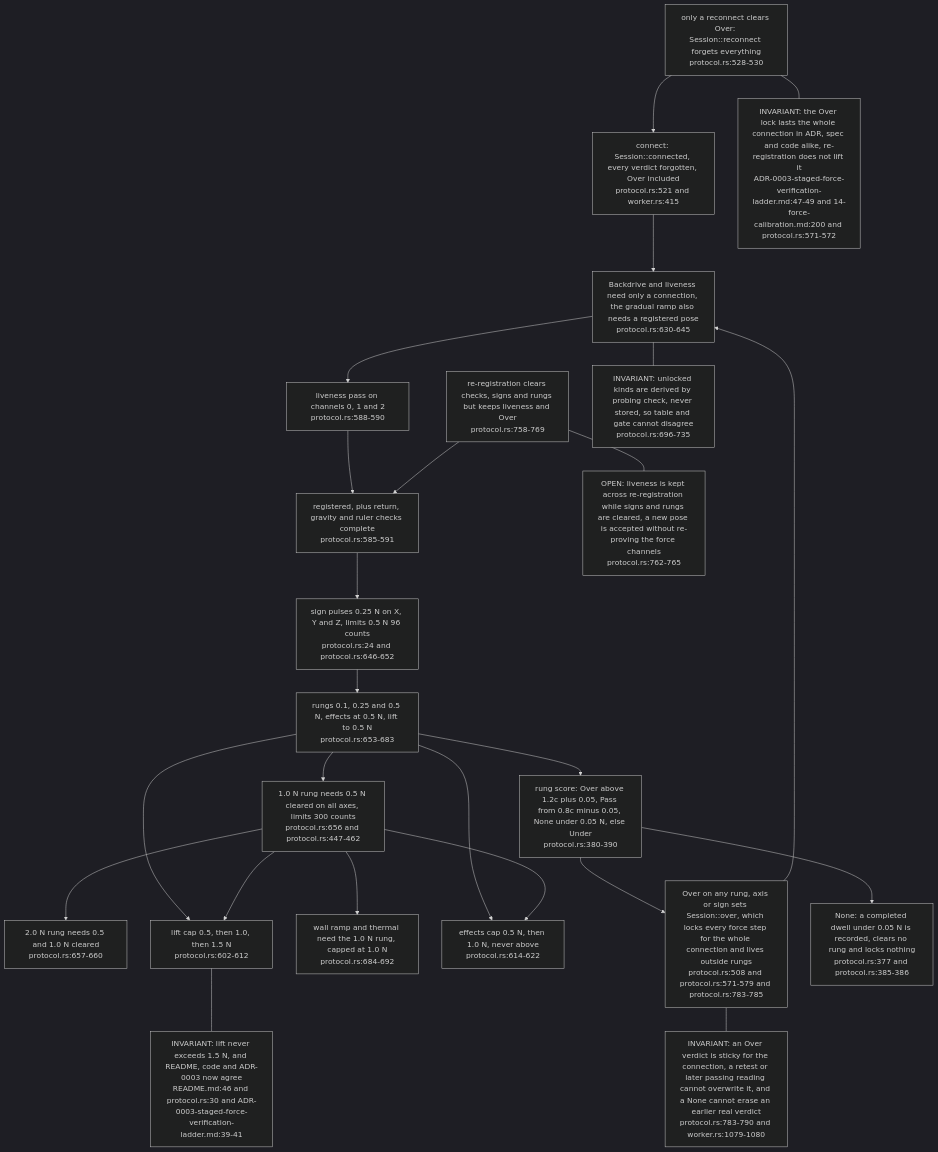
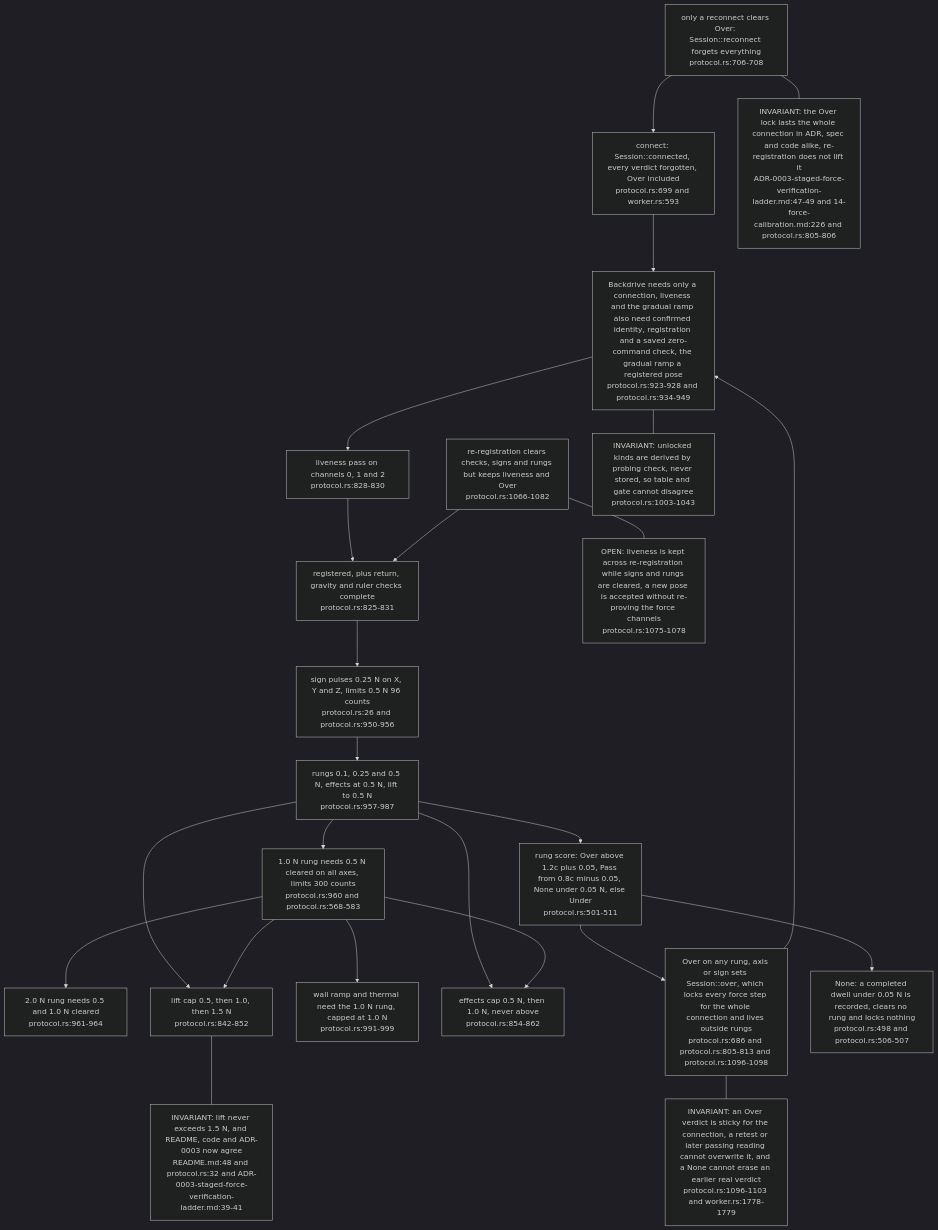
The second of 7 diagrams in docs/diagrams/visiontouch-rs/08-calibration-studio-and-verification-ladder.md (DreamLab-AI/VisionFlow), drawn with Mermaid (dark theme) before and after one commit. The commit also changed other lines of this file and 36 other files, not shown here.

First line of the commit message:
docs(diagrams): re-derive and re-stamp agentbox, dream-engine, visioncraft, visiontouch and vowl topics; drop LAN addresses

````diff
--- a/docs/diagrams/visiontouch-rs/08-calibration-studio-and-verification-ladder.md
+++ b/docs/diagrams/visiontouch-rs/08-calibration-studio-and-verification-ladder.md
@@ -84,47 +85,47 @@
 ```mermaid
 flowchart TB
-    CON["connect: Session::connected, every verdict forgotten, Over included<br/>protocol.rs:521 and worker.rs:415"]
-    BASE["Backdrive and liveness need only a connection, the gradual ramp also needs a registered pose<br/>protocol.rs:630-645"]
-    LIVE["liveness pass on channels 0, 1 and 2<br/>protocol.rs:588-590"]
-    REG["registered, plus return, gravity and ruler checks complete<br/>protocol.rs:585-591"]
-    SIGN["sign pulses 0.25 N on X, Y and Z, limits 0.5 N 96 counts<br/>protocol.rs:24 and protocol.rs:646-652"]
-    R1["rungs 0.1, 0.25 and 0.5 N, effects at 0.5 N, lift to 0.5 N<br/>protocol.rs:653-683"]
-    R2["1.0 N rung needs 0.5 N cleared on all axes, limits 300 counts<br/>protocol.rs:656 and protocol.rs:447-462"]
-    R3["2.0 N rung needs 0.5 and 1.0 N cleared<br/>protocol.rs:657-660"]
-    LIFT["lift cap 0.5, then 1.0, then 1.5 N<br/>protocol.rs:602-612"]
-    WALL["wall ramp and thermal need the 1.0 N rung, capped at 1.0 N<br/>protocol.rs:684-692"]
-    FX["effects cap 0.5 N, then 1.0 N, never above<br/>protocol.rs:614-622"]
-    OVER["Over on any rung, axis or sign sets Session::over, which locks every force step for the whole connection and lives outside rungs<br/>protocol.rs:508 and protocol.rs:571-579 and protocol.rs:783-785"]
-    CLR["re-registration clears checks, signs and rungs but keeps liveness and Over<br/>protocol.rs:758-769"]
-    RECON["only a reconnect clears Over: Session::reconnect forgets everything<br/>protocol.rs:528-530"]
-    NONE["None: a completed dwell under 0.05 N is recorded, clears no rung and locks nothing<br/>protocol.rs:377 and protocol.rs:385-386"]
-    SCORE["rung score: Over above 1.2c plus 0.05, Pass from 0.8c minus 0.05, None under 0.05 N, else Under<br/>protocol.rs:380-390"]
+    CON["connect: Session::connected, every verdict forgotten, Over included<br/>protocol.rs:699 and worker.rs:593"]
+    BASE["Backdrive needs only a connection, liveness and the gradual ramp also need confirmed identity, registration and a saved zero-command check, the gradual ramp a registered pose<br/>protocol.rs:923-928 and protocol.rs:934-949"]
+    LIVE["liveness pass on channels 0, 1 and 2<br/>protocol.rs:828-830"]
+    REG["registered, plus return, gravity and ruler checks complete<br/>protocol.rs:825-831"]
+    SIGN["sign pulses 0.25 N on X, Y and Z, limits 0.5 N 96 counts<br/>protocol.rs:26 and protocol.rs:950-956"]
+    R1["rungs 0.1, 0.25 and 0.5 N, effects at 0.5 N, lift to 0.5 N<br/>protocol.rs:957-987"]
+    R2["1.0 N rung needs 0.5 N cleared on all axes, limits 300 counts<br/>protocol.rs:960 and protocol.rs:568-583"]
+    R3["2.0 N rung needs 0.5 and 1.0 N cleared<br/>protocol.rs:961-964"]
+    LIFT["lift cap 0.5, then 1.0, then 1.5 N<br/>protocol.rs:842-852"]
+    WALL["wall ramp and thermal need the 1.0 N rung, capped at 1.0 N<br/>protocol.rs:991-999"]
+    FX["effects cap 0.5 N, then 1.0 N, never above<br/>protocol.rs:854-862"]
+    OVER["Over on any rung, axis or sign sets Session::over, which locks every force step for the whole connection and lives outside rungs<br/>protocol.rs:686 and protocol.rs:805-813 and protocol.rs:1096-1098"]
+    CLR["re-registration clears checks, signs and rungs but keeps liveness and Over<br/>protocol.rs:1066-1082"]
+    RECON["only a reconnect clears Over: Session::reconnect forgets everything<br/>protocol.rs:706-708"]
+    NONE["None: a completed dwell under 0.05 N is recorded, clears no rung and locks nothing<br/>protocol.rs:498 and protocol.rs:506-507"]
+    SCORE["rung score: Over above 1.2c plus 0.05, Pass from 0.8c minus 0.05, None under 0.05 N, else Under<br/>protocol.rs:501-511"]
     CON --> BASE
     BASE --> LIVE
     LIVE --> REG
     REG --> SIGN
     SIGN --> R1
     R1 --> R2
     R2 --> R3
     R1 --> LIFT
     R2 --> LIFT
     R2 --> WALL
     R1 --> FX
     R2 --> FX
     R1 --> SCORE
     SCORE --> OVER
     SCORE --> NONE
     OVER --> BASE
     CLR --> REG
     RECON --> CON
-    N1["INVARIANT: an Over verdict is sticky for the connection, a retest or later passing reading cannot overwrite it, and a None cannot erase an earlier real verdict<br/>protocol.rs:783-790 and worker.rs:1079-1080"]
-    N2["INVARIANT: unlocked kinds are derived by probing check, never stored, so table and gate cannot disagree<br/>protocol.rs:696-735"]
-    N3["INVARIANT: lift never exceeds 1.5 N, and README, code and ADR-0003 now agree<br/>README.md:46 and protocol.rs:30 and ADR-0003-staged-force-verification-ladder.md:39-41"]
-    N4["OPEN: liveness is kept across re-registration while signs and rungs are cleared, a new pose is accepted without re-proving the force channels<br/>protocol.rs:762-765"]
-    N5["INVARIANT: the Over lock lasts the whole connection in ADR, spec and code alike, re-registration does not lift it<br/>ADR-0003-staged-force-verification-ladder.md:47-49 and 14-force-calibration.md:200 and protocol.rs:571-572"]
+    N1["INVARIANT: an Over verdict is sticky for the connection, a retest or later passing reading cannot overwrite it, and a None cannot erase an earlier real verdict<br/>protocol.rs:1096-1103 and worker.rs:1778-1779"]
+    N2["INVARIANT: unlocked kinds are derived by probing check, never stored, so table and gate cannot disagree<br/>protocol.rs:1003-1043"]
+    N3["INVARIANT: lift never exceeds 1.5 N, and README, code and ADR-0003 now agree<br/>README.md:48 and protocol.rs:32 and ADR-0003-staged-force-verification-ladder.md:39-41"]
+    N4["OPEN: liveness is kept across re-registration while signs and rungs are cleared, a new pose is accepted without re-proving the force channels<br/>protocol.rs:1075-1078"]
+    N5["INVARIANT: the Over lock lasts the whole connection in ADR, spec and code alike, re-registration does not lift it<br/>ADR-0003-staged-force-verification-ladder.md:47-49 and 14-force-calibration.md:226 and protocol.rs:805-806"]
     OVER --- N1
     RECON --- N5
     BASE --- N2
     LIFT --- N3
     CLR --- N4
 ```
````
